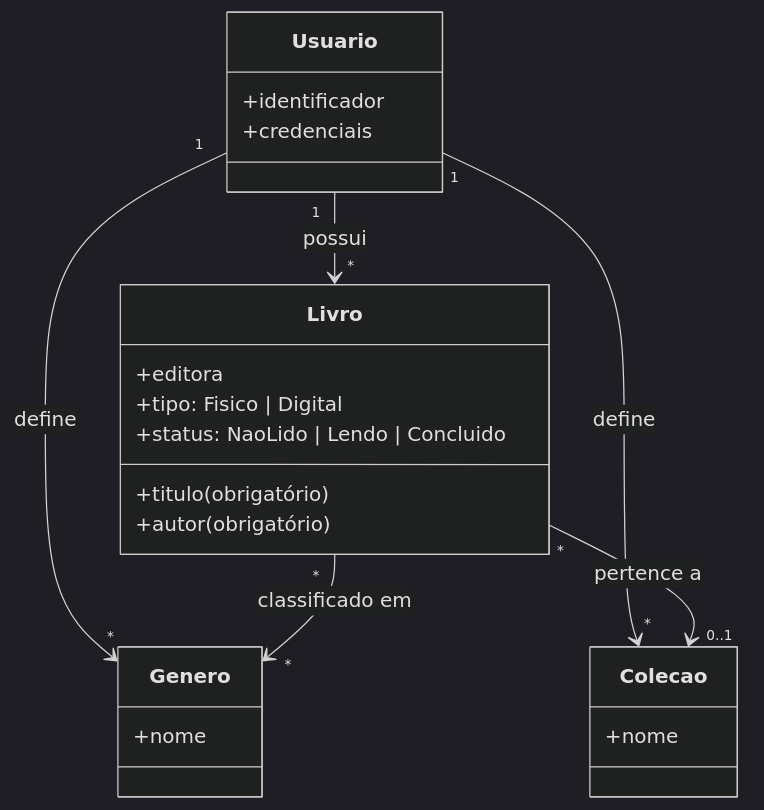
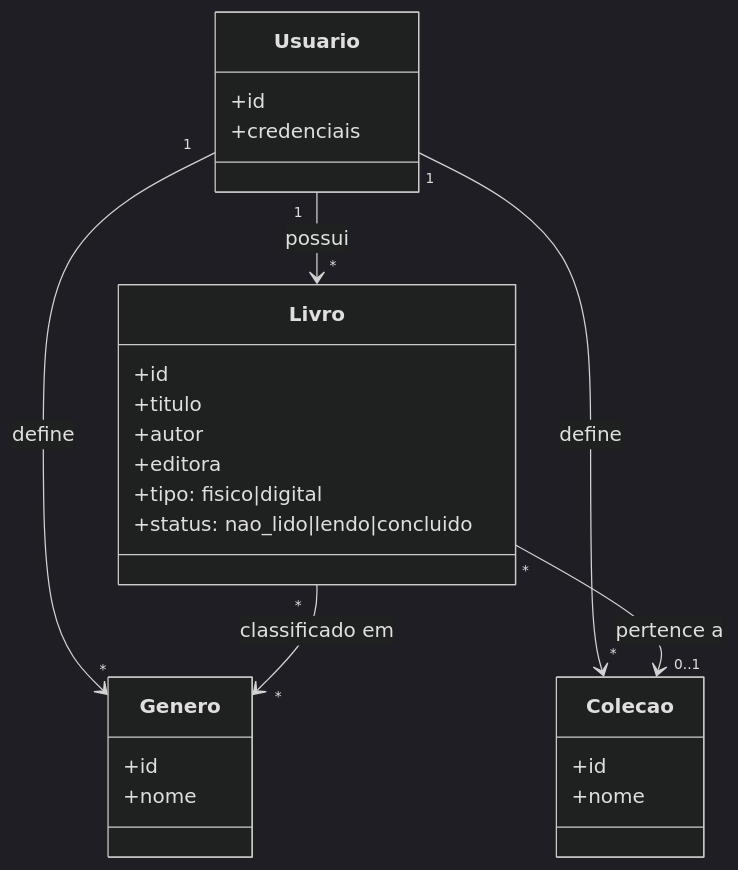
Before and after one commit to PDC-ESIA/AI4ES: the third of 3 diagrams in docs/Time_2_Design/analise-qualitativa/outputs/relatorio_claude_fable_5_P04.md, drawn with Mermaid (dark theme). The commit also changed other lines of this file and 93 other files, not shown here.

````diff
--- a/docs/Time_2_Design/analise-qualitativa/outputs/relatorio_claude_fable_5_P04.md
+++ b/docs/Time_2_Design/analise-qualitativa/outputs/relatorio_claude_fable_5_P04.md
@@ -97,25 +92,28 @@
 ```mermaid
 classDiagram
     class Usuario {
-      +identificador
-      +credenciais
+        +id
+        +credenciais
     }
     class Livro {
-      +titulo (obrigatório)
-      +autor (obrigatório)
-      +editora
-      +tipo: Fisico | Digital
-      +status: NaoLido | Lendo | Concluido
+        +id
+        +titulo
+        +autor
+        +editora
+        +tipo: fisico|digital
+        +status: nao_lido|lendo|concluido
     }
     class Genero {
-      +nome
+        +id
+        +nome
     }
     class Colecao {
-      +nome
+        +id
+        +nome
     }
     Usuario "1" --> "*" Livro : possui
     Usuario "1" --> "*" Genero : define
     Usuario "1" --> "*" Colecao : define
     Livro "*" --> "*" Genero : classificado em
     Livro "*" --> "0..1" Colecao : pertence a
 ```
````
